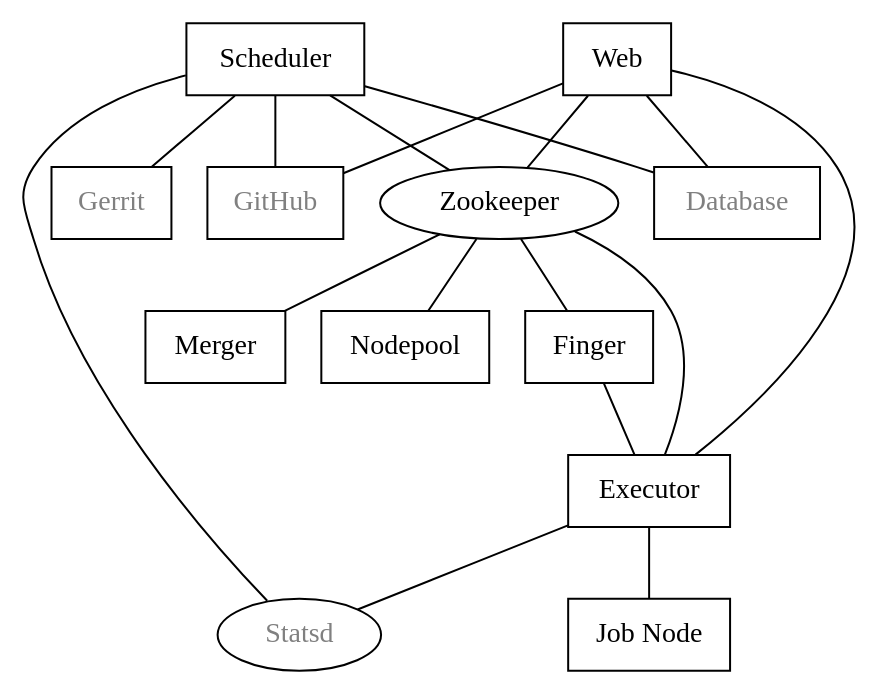
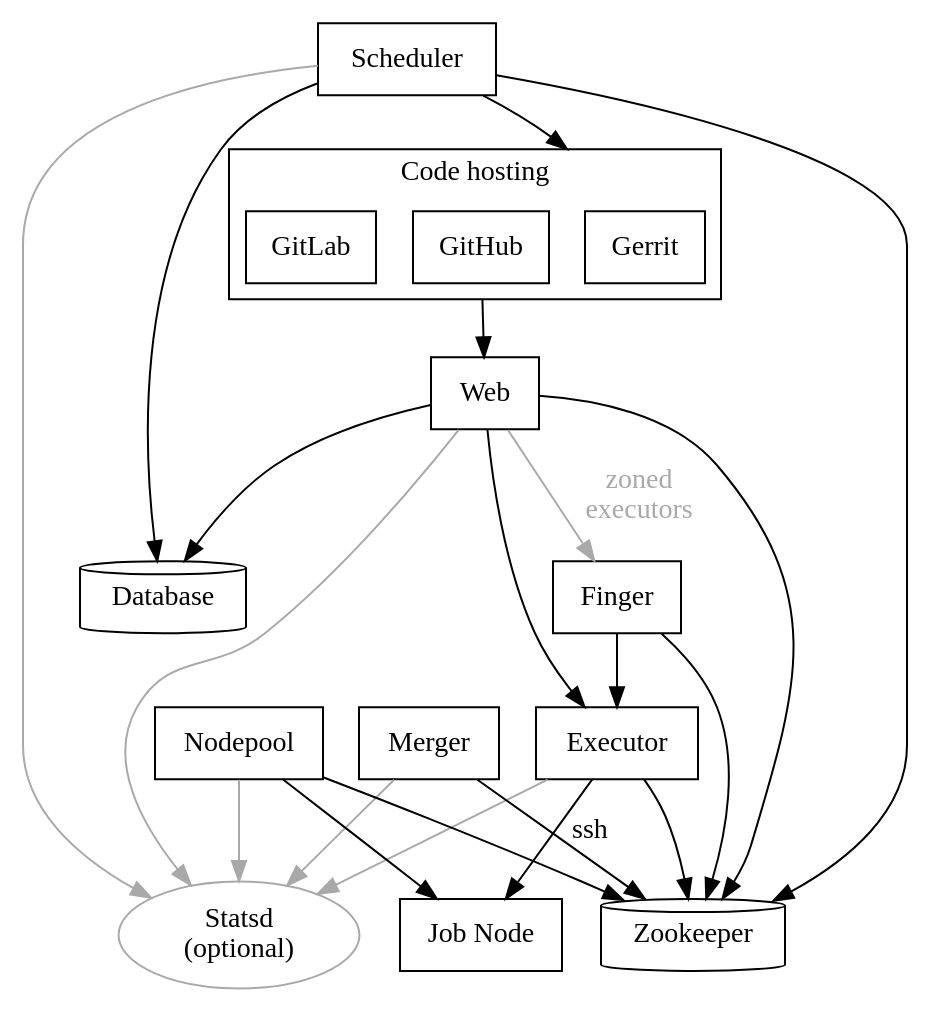
Before and after one commit to opentelekomcloud-infra/zuul: the diagram in doc/source/components.dot, drawn with Graphviz.

Commit message:
doc: enhance architecture graph

```diff
--- a/doc/source/components.dot
+++ b/doc/source/components.dot
@@ -1,33 +1,48 @@
 // dot -Tpng -ocomponents.png components.dot
-graph  {
+digraph {
+  compound=true;
   node [shape=box]
-  Database [fontcolor=grey]
-  Executor [href="#executor"]
+  Database [shape=cylinder]
   Finger [href="#finger-gateway"]
-  Gerrit [fontcolor=grey]
-  Merger [href="#merger"]
-  Statsd [shape=ellipse fontcolor=grey]
+  Statsd [shape=ellipse color=darkgrey label="Statsd\n(optional)"]
   Scheduler [href="#scheduler"]
-  Zookeeper [shape=ellipse]
-  Nodepool
-  GitHub [fontcolor=grey]
+  Zookeeper [shape=cylinder]
+
+  {
+    rank=same;
+    Executor [href="#executor"]
+    Merger [href="#merger"]
+    Nodepool
+  }
+
+  Scheduler -> Gerrit [lhead=CodeHosting];
+  GitHub -> Web [ltail=CodeHosting];
   Web [href="#web-server"]
+  Web -> Database
+  Web -> Zookeeper
+  Web -> Executor
+  Web -> Statsd [color=darkgrey]
+  Web -> Finger [color=darkgrey label="zoned\nexecutors" fontcolor=darkgrey]
+  Finger -> Executor
+  Finger -> Zookeeper
+  Executor -> Zookeeper
+  Executor -> Statsd [color=darkgrey]
+  Executor -> "Job Node" [label=ssh]
+  Nodepool -> Zookeeper
+  Nodepool -> "Job Node"
+  Nodepool -> Statsd [color=darkgrey]
 
-  Executor -- Statsd
-  Executor -- "Job Node"
-  Web -- Database
-  Web -- GitHub
-  Web -- Zookeeper
-  Web -- Executor
-  Finger -- Executor
+  Scheduler -> Database;
+  Scheduler -> Zookeeper;
+  Scheduler -> Statsd [color=darkgrey];
+  Merger -> Zookeeper
+  Merger -> Statsd [color=darkgrey]
 
-  Scheduler -- Database;
-  Scheduler -- Gerrit;
-  Scheduler -- Zookeeper;
-  Zookeeper -- Executor;
-  Zookeeper -- Finger;
-  Zookeeper -- Merger
-  Zookeeper -- Nodepool;
-  Scheduler -- GitHub;
-  Scheduler -- Statsd;
+  subgraph CodeHosting {
+    cluster=true;
+    label="Code hosting";
+    Gerrit;
+    GitHub;
+    GitLab;
+  }
 }
```
